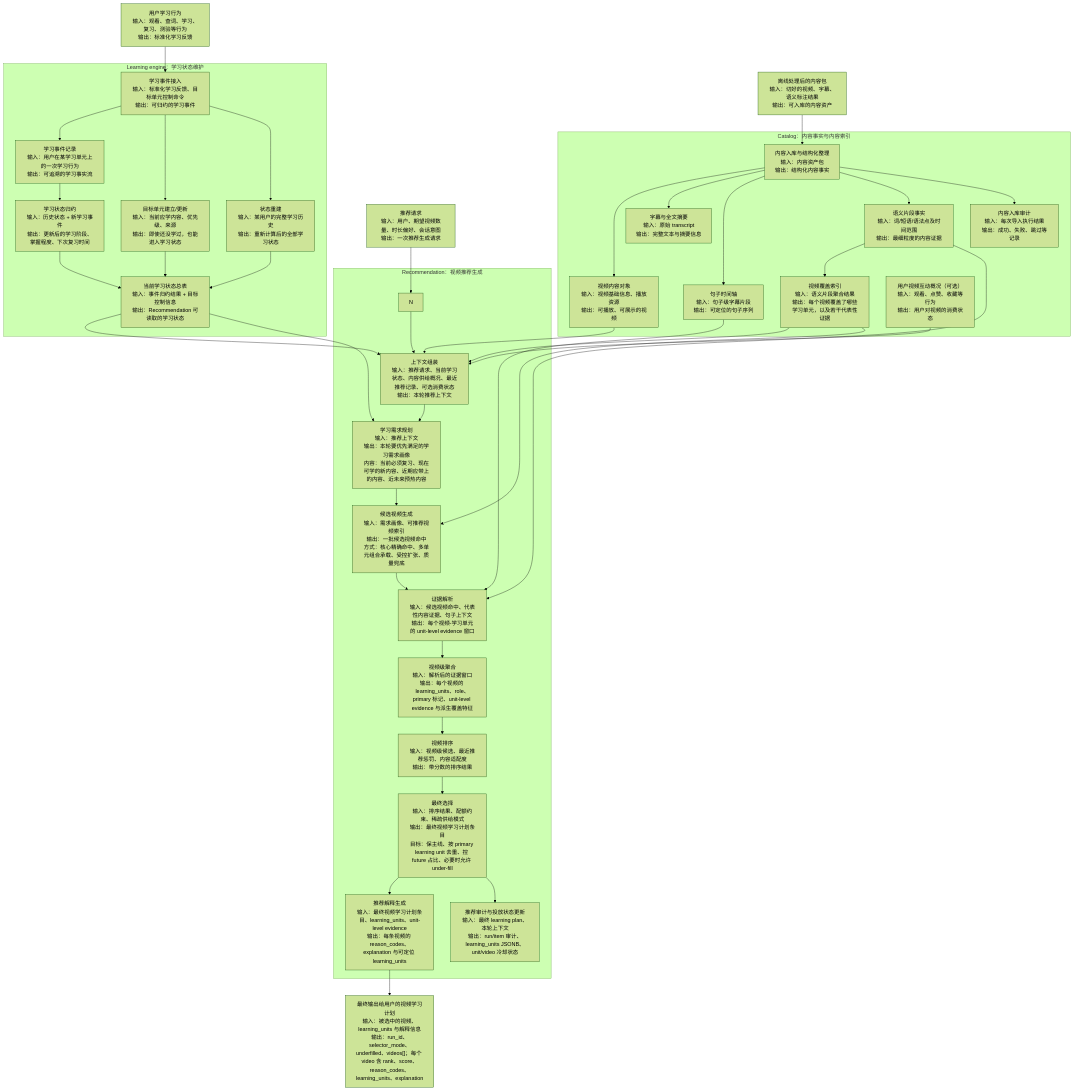
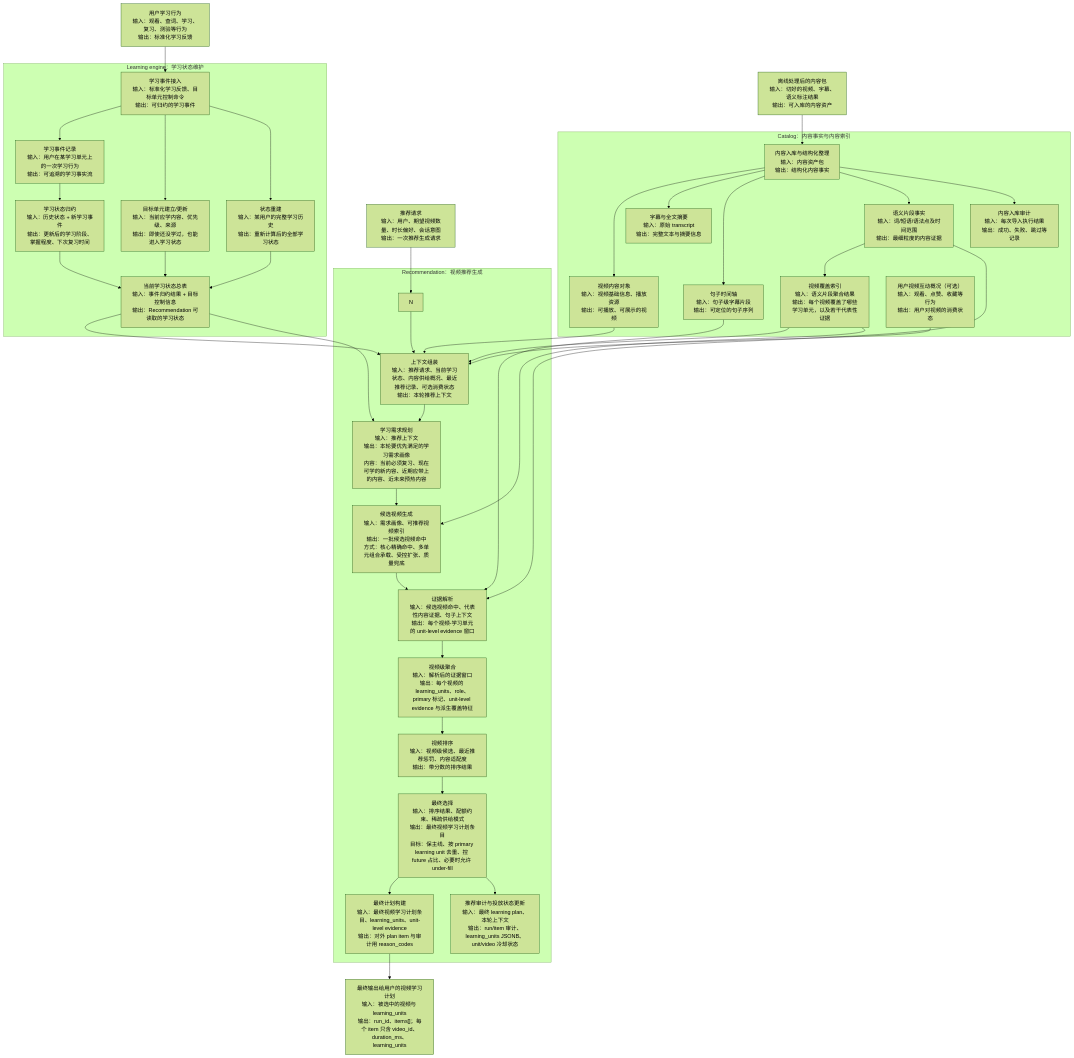
Before and after one commit to bionicotaku/learning-video-recommendation-system: the first of 6 diagrams in docs/视频推荐系统设计图.md, drawn with Mermaid (forest theme). The commit also changed other lines of this file and 13 other files, not shown here.

````diff
--- a/docs/视频推荐系统设计图.md
+++ b/docs/视频推荐系统设计图.md
@@ -65,7 +65,7 @@
 
     N7["最终选择<br/>输入：排序结果、配额约束、稀疏供给模式<br/>输出：最终视频学习计划条目<br/>目标：保主线、按 primary learning unit 去重、控 future 占比、必要时允许 under-fill"]
 
-    N8["推荐解释生成<br/>输入：最终视频学习计划条目、learning_units、unit-level evidence<br/>输出：每条视频的 reason_codes、explanation 与可定位 learning_units"]
+    N8["最终计划构建<br/>输入：最终视频学习计划条目、learning_units、unit-level evidence<br/>输出：对外 plan item 与审计用 reason_codes"]
 
     N9["推荐审计与投放状态更新<br/>输入：最终 learning plan、本轮上下文<br/>输出：run/item 审计、learning_units JSONB、unit/video 冷却状态"]
 
@@ -89,5 +89,5 @@
 L5 --> N1
 L5 --> N2
 
-N8 --> Z["最终输出给用户的视频学习计划<br/>输入：被选中的视频、learning_units 与解释信息<br/>输出：run_id、selector_mode、underfilled、videos[]；每个 video 含 rank、score、reason_codes、learning_units、explanation"]
+N8 --> Z["最终输出给用户的视频学习计划<br/>输入：被选中的视频与 learning_units<br/>输出：run_id、items[]；每个 item 只含 video_id、duration_ms、learning_units"]
 ```
````
